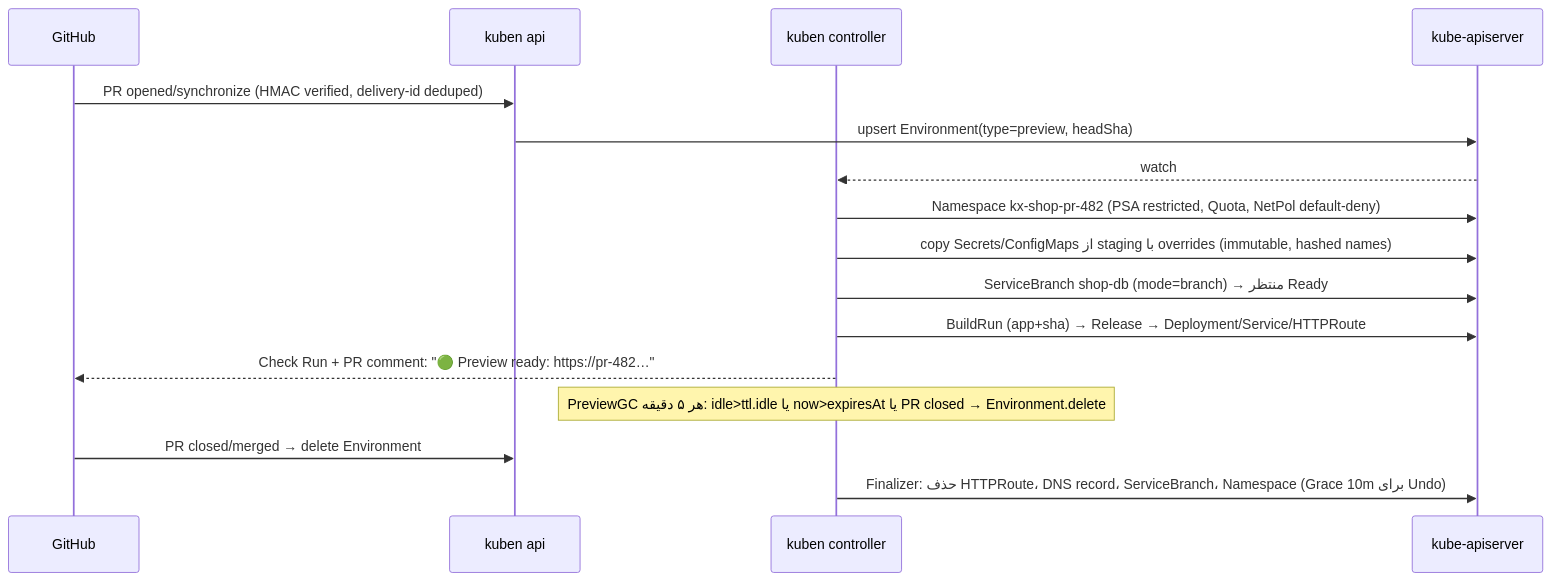
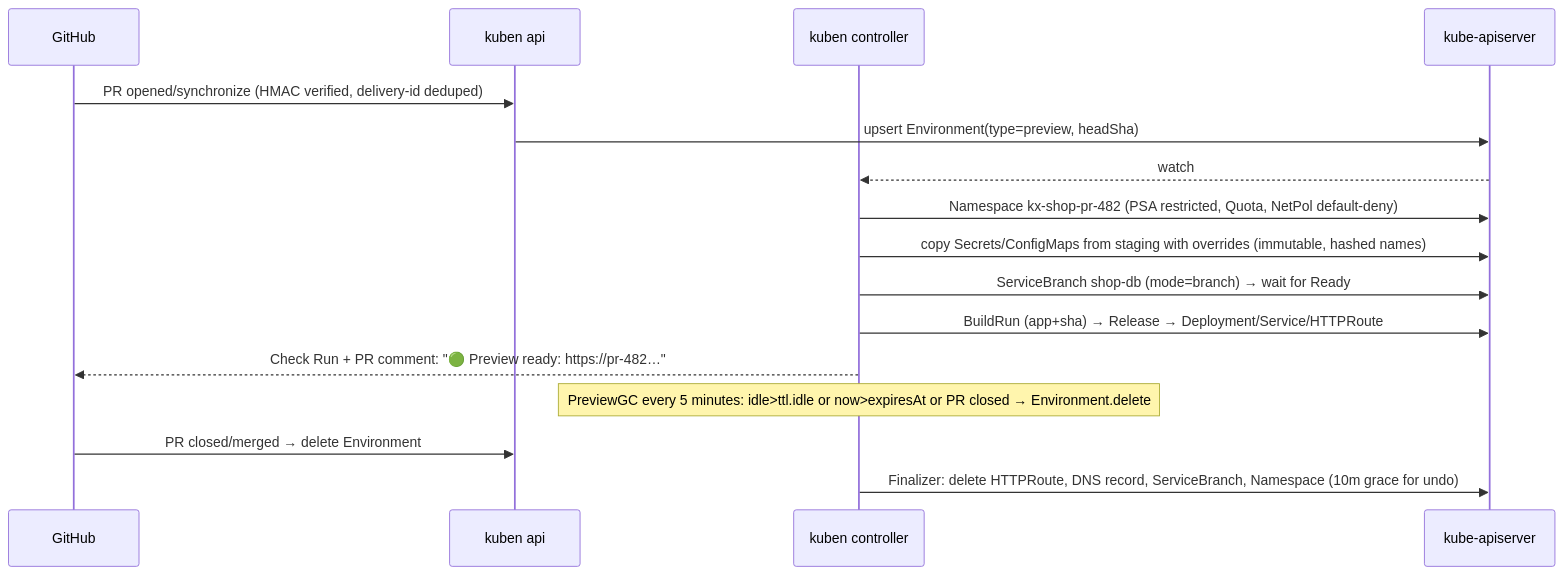
The first of 2 diagrams in docs/KUBEN-MASTER-BLUEPRINT.md (Teamtem-dev/kuben), drawn with Mermaid before and after one commit. The commit also changed other lines of this file and 3 other files, not shown here.

````diff
--- a/docs/KUBEN-MASTER-BLUEPRINT.md
+++ b/docs/KUBEN-MASTER-BLUEPRINT.md
@@ -176,18 +176,18 @@
 ```mermaid
 sequenceDiagram
   participant GH as GitHub
   participant API as kuben api
   participant C as kuben controller
   participant K as kube-apiserver
   GH->>API: PR opened/synchronize (HMAC verified, delivery-id deduped)
   API->>K: upsert Environment(type=preview, headSha)
   K-->>C: watch
   C->>K: Namespace kx-shop-pr-482 (PSA restricted, Quota, NetPol default-deny)
-  C->>K: copy Secrets/ConfigMaps از staging با overrides (immutable, hashed names)
-  C->>K: ServiceBranch shop-db (mode=branch) → منتظر Ready
+  C->>K: copy Secrets/ConfigMaps from staging with overrides (immutable, hashed names)
+  C->>K: ServiceBranch shop-db (mode=branch) → wait for Ready
   C->>K: BuildRun (app+sha) → Release → Deployment/Service/HTTPRoute
   C-->>GH: Check Run + PR comment: "🟢 Preview ready: https://pr-482…"
-  Note over C: PreviewGC هر ۵ دقیقه: idle>ttl.idle یا now>expiresAt یا PR closed → Environment.delete
+  Note over C: PreviewGC every 5 minutes: idle>ttl.idle or now>expiresAt or PR closed → Environment.delete
   GH->>API: PR closed/merged → delete Environment
-  C->>K: Finalizer: حذف HTTPRoute، DNS record، ServiceBranch، Namespace (Grace 10m برای Undo)
+  C->>K: Finalizer: delete HTTPRoute, DNS record, ServiceBranch, Namespace (10m grace for undo)
 ```
````
